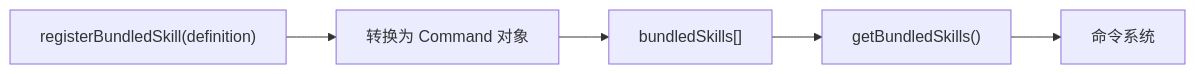
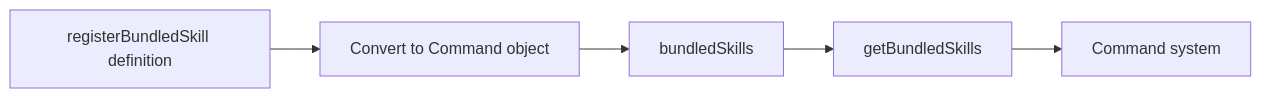
Before and after one commit to niuma996/claude-code-sourcemap-wiki: the first of 2 diagrams in .nium-wiki/wiki/plugins/bundled-skills.md, drawn with Mermaid. The commit also changed other lines of this file and 1976 other files, not shown here.

````diff
--- a/.nium-wiki/wiki/plugins/bundled-skills.md
+++ b/.nium-wiki/wiki/plugins/bundled-skills.md
@@ -41,7 +41,7 @@
 ```mermaid
 flowchart LR
-    A["registerBundledSkill(definition)"] --> B["转换为 Command 对象"]
-    B --> C["bundledSkills[]"]
-    C --> D["getBundledSkills()"]
-    D --> E["命令系统"]
+    A[registerBundledSkill definition] --> B[Convert to Command object]
+    B --> C[bundledSkills]
+    C --> D[getBundledSkills]
+    D --> E[Command system]
 ```
````
